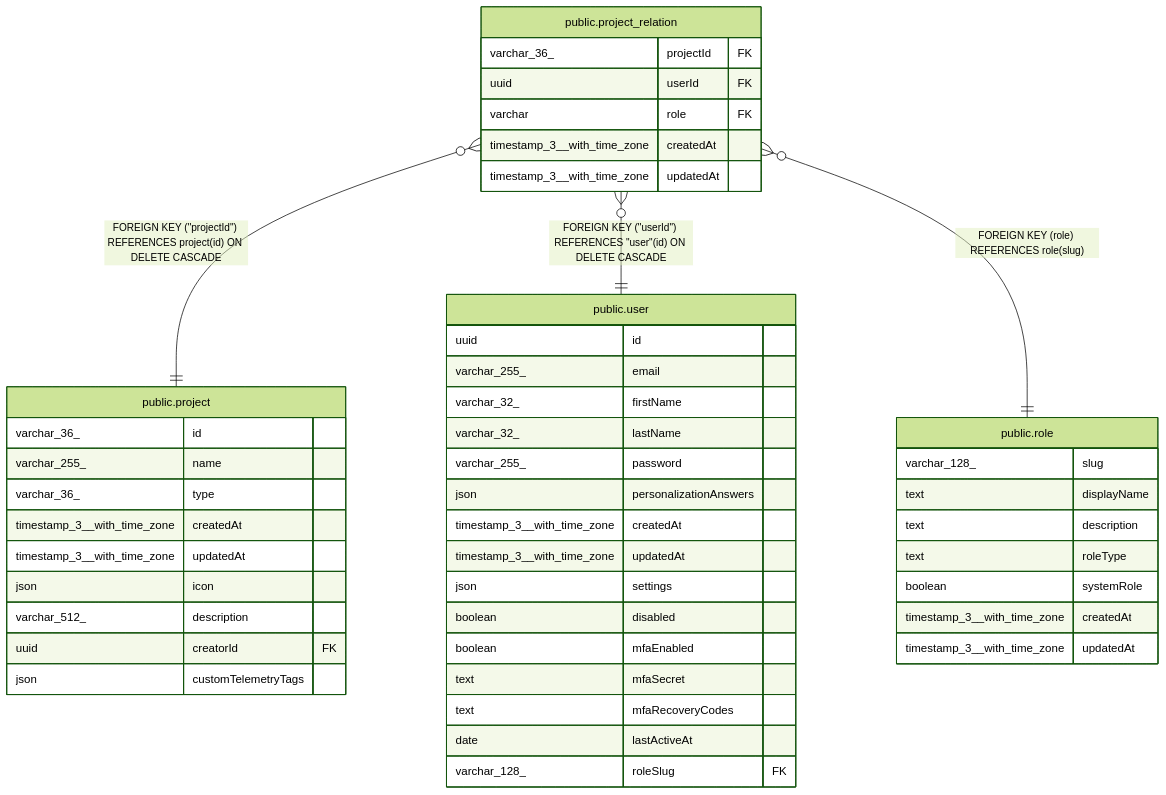
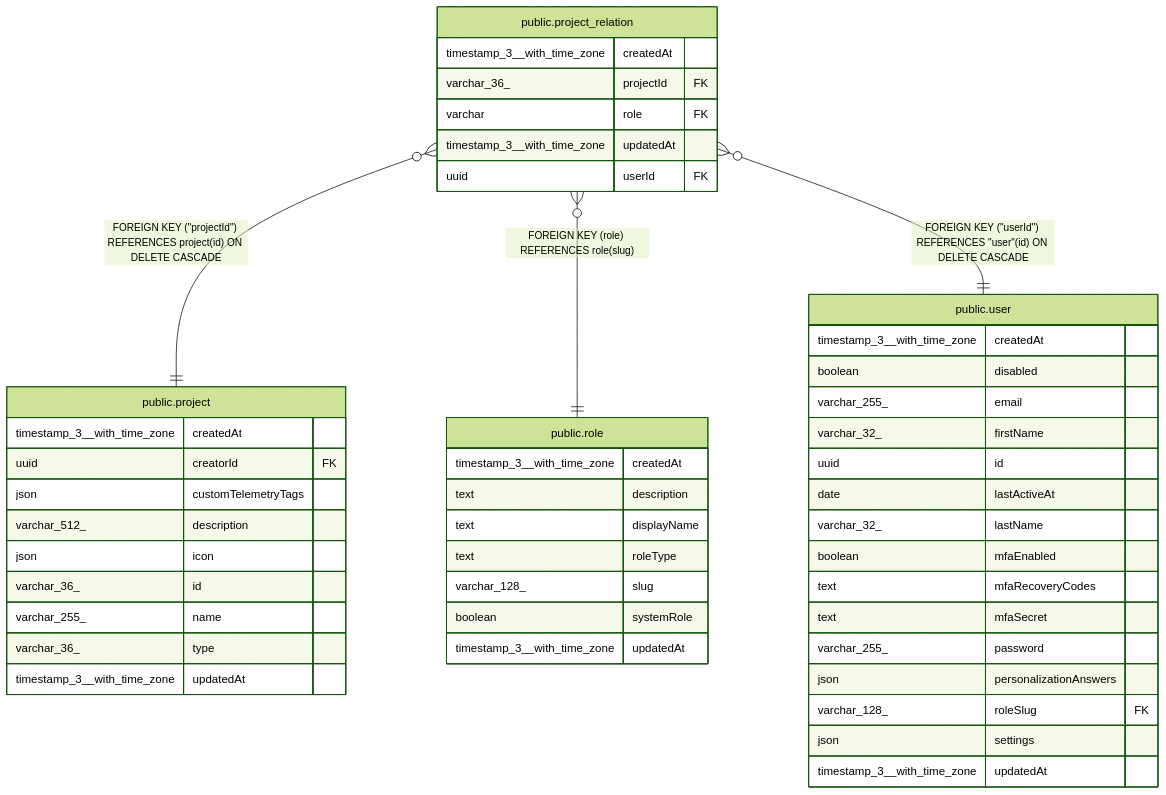
The diagram in docs/generated/postgres-schema/public.project_relation.md (mayankjain1815-commits/n8n), drawn with Mermaid (forest theme) before and after one commit. The commit also changed other lines of this file and 221 other files, not shown here.

Commit message:
chore(core): Make DB schema docs generation deterministic (#32373)

````diff
--- a/docs/generated/postgres-schema/public.project_relation.md
+++ b/docs/generated/postgres-schema/public.project_relation.md
@@ -39,52 +39,52 @@
 ```mermaid
 erDiagram
 
 "public.project_relation" }o--|| "public.project" : "FOREIGN KEY (#quot;projectId#quot;) REFERENCES project(id) ON DELETE CASCADE"
+"public.project_relation" }o--|| "public.role" : "FOREIGN KEY (role) REFERENCES role(slug)"
 "public.project_relation" }o--|| "public.user" : "FOREIGN KEY (#quot;userId#quot;) REFERENCES #quot;user#quot;(id) ON DELETE CASCADE"
-"public.project_relation" }o--|| "public.role" : "FOREIGN KEY (role) REFERENCES role(slug)"
 
 "public.project_relation" {
+  timestamp_3__with_time_zone createdAt
   varchar_36_ projectId FK
+  varchar role FK
+  timestamp_3__with_time_zone updatedAt
   uuid userId FK
-  varchar role FK
-  timestamp_3__with_time_zone createdAt
-  timestamp_3__with_time_zone updatedAt
 }
 "public.project" {
+  timestamp_3__with_time_zone createdAt
+  uuid creatorId FK
+  json customTelemetryTags
+  varchar_512_ description
+  json icon
   varchar_36_ id
   varchar_255_ name
   varchar_36_ type
+  timestamp_3__with_time_zone updatedAt
+}
+"public.role" {
   timestamp_3__with_time_zone createdAt
+  text description
+  text displayName
+  text roleType
+  varchar_128_ slug
+  boolean systemRole
   timestamp_3__with_time_zone updatedAt
-  json icon
-  varchar_512_ description
-  uuid creatorId FK
-  json customTelemetryTags
 }
 "public.user" {
-  uuid id
+  timestamp_3__with_time_zone createdAt
+  boolean disabled
   varchar_255_ email
   varchar_32_ firstName
+  uuid id
+  date lastActiveAt
   varchar_32_ lastName
+  boolean mfaEnabled
+  text mfaRecoveryCodes
+  text mfaSecret
   varchar_255_ password
   json personalizationAnswers
-  timestamp_3__with_time_zone createdAt
-  timestamp_3__with_time_zone updatedAt
+  varchar_128_ roleSlug FK
   json settings
-  boolean disabled
-  boolean mfaEnabled
-  text mfaSecret
-  text mfaRecoveryCodes
-  date lastActiveAt
-  varchar_128_ roleSlug FK
-}
-"public.role" {
-  varchar_128_ slug
-  text displayName
-  text description
-  text roleType
-  boolean systemRole
-  timestamp_3__with_time_zone createdAt
   timestamp_3__with_time_zone updatedAt
 }
 ```
````
